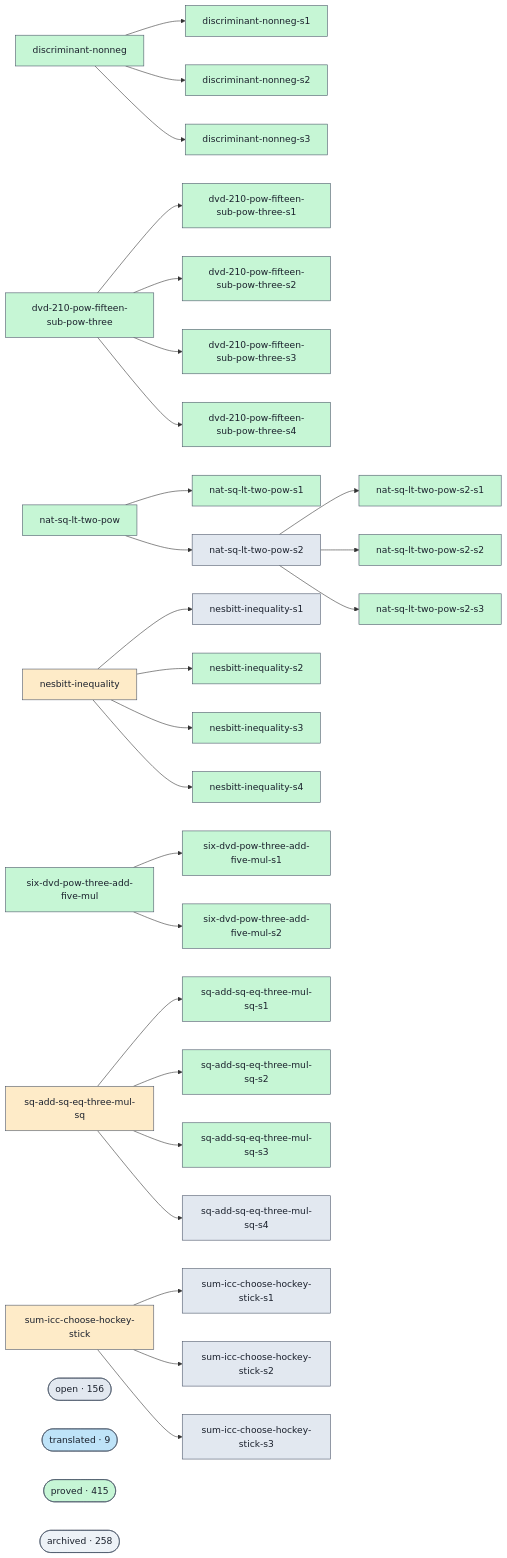
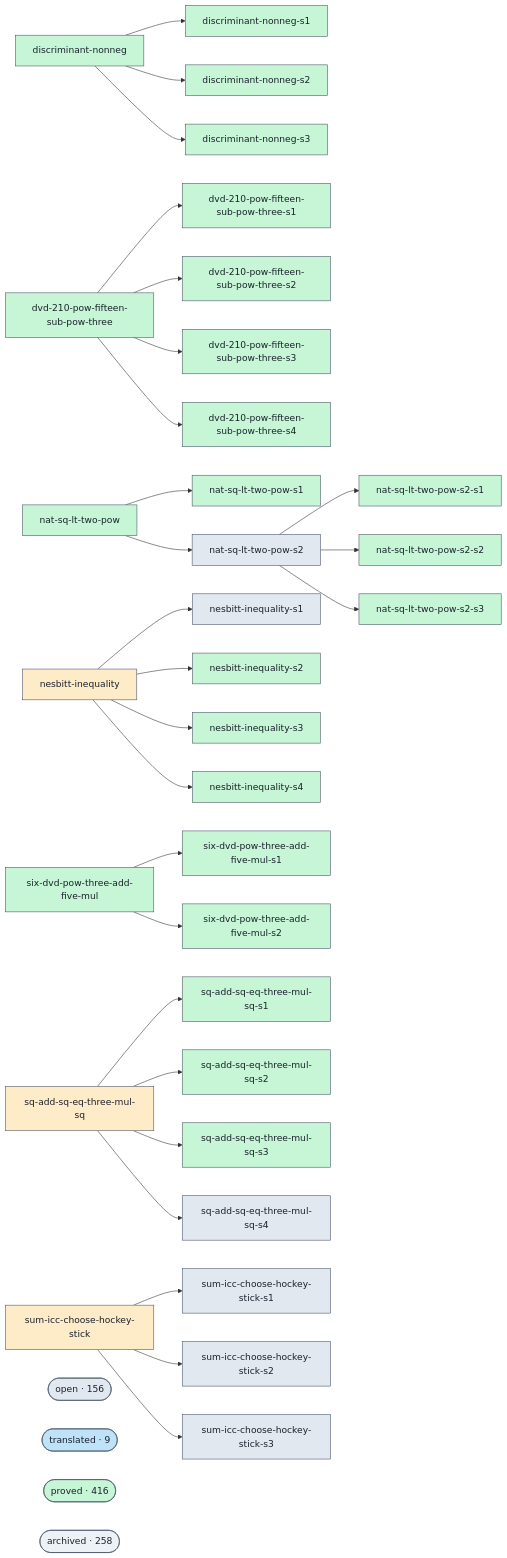
One commit to ohdearquant/unsorry changed the diagram in docs/proofs-contributors-visualisation.md. Above: the diagram before and after it, drawn with Mermaid. The commit also changed other lines of this file and 2 other files, not shown here.

```diff
--- a/docs/proofs-contributors-visualisation.md
+++ b/docs/proofs-contributors-visualisation.md
@@ -147,7 +147,7 @@
   class cluster_open open;
   cluster_translated(["translated · 9"])
   class cluster_translated translated;
-  cluster_proved(["proved · 415"])
+  cluster_proved(["proved · 416"])
   class cluster_proved proved;
   cluster_archived(["archived · 258"])
   class cluster_archived unknown;
```
